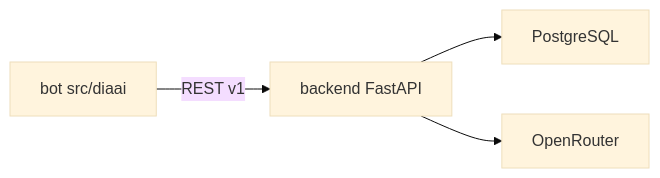
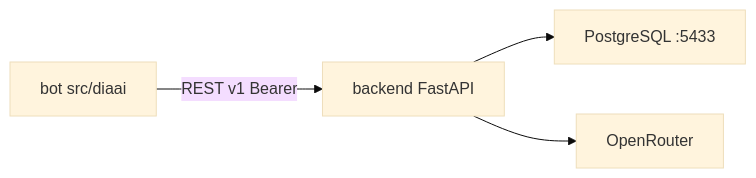
One commit to zatulik2606/diaai changed the diagram in docs/tasks/impl/backend/plan.md. Above: the diagram before and after it, drawn with Mermaid (base theme). The commit also changed other lines of this file and 69 other files, not shown here.

````diff
--- a/docs/tasks/impl/backend/plan.md
+++ b/docs/tasks/impl/backend/plan.md
@@ -35,11 +35,11 @@
 ```mermaid
 flowchart LR
     Bot["bot src/diaai"]
     API["backend FastAPI"]
-    PG["PostgreSQL"]
+    PG["PostgreSQL :5433"]
     OR["OpenRouter"]
 
-    Bot -->|REST v1| API
+    Bot -->|REST v1 Bearer| API
     API --> PG
     API --> OR
 ```
````
